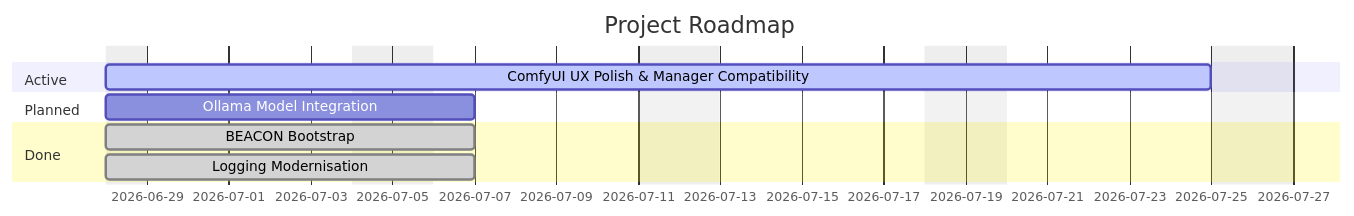
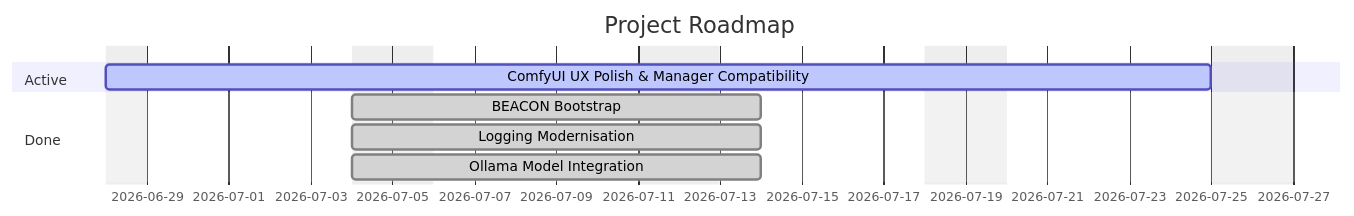
The diagram in ROADMAP.md (darth-veitcher/comfydv), drawn with Mermaid before and after one commit. The commit also changed other lines of this file and 1 other file, not shown here.

Commit message:
chore(beacon): finish ollama-integration epic
All owned specs shipped, so beacon epic finish moves it to archive/ and
flips status to Done. Clears the epic-spec-lifecycle and epic-gates
warnings beacon doctor --strict was raising.

````diff
--- a/ROADMAP.md
+++ b/ROADMAP.md
@@ -9,17 +9,15 @@
 ```mermaid
 gantt
     title Project Roadmap
     dateFormat  YYYY-MM-DD
     excludes    weekends
 
     section Active
     ComfyUI UX Polish & Manager Compatibility :active, ux-and-install, 2026-06-28, 21d
 
-    section Planned
-    Ollama Model Integration :ollama-integration, 2026-06-28, 7d
-
     section Done
-    BEACON Bootstrap :done, beacon-bootstrap, 2026-06-28, 7d
-    Logging Modernisation :done, logging-modernisation, 2026-06-28, 7d
+    BEACON Bootstrap :done, beacon-bootstrap, 2026-07-04, 7d
+    Logging Modernisation :done, logging-modernisation, 2026-07-04, 7d
+    Ollama Model Integration :done, ollama-integration, 2026-07-04, 7d
 
 ```
````
